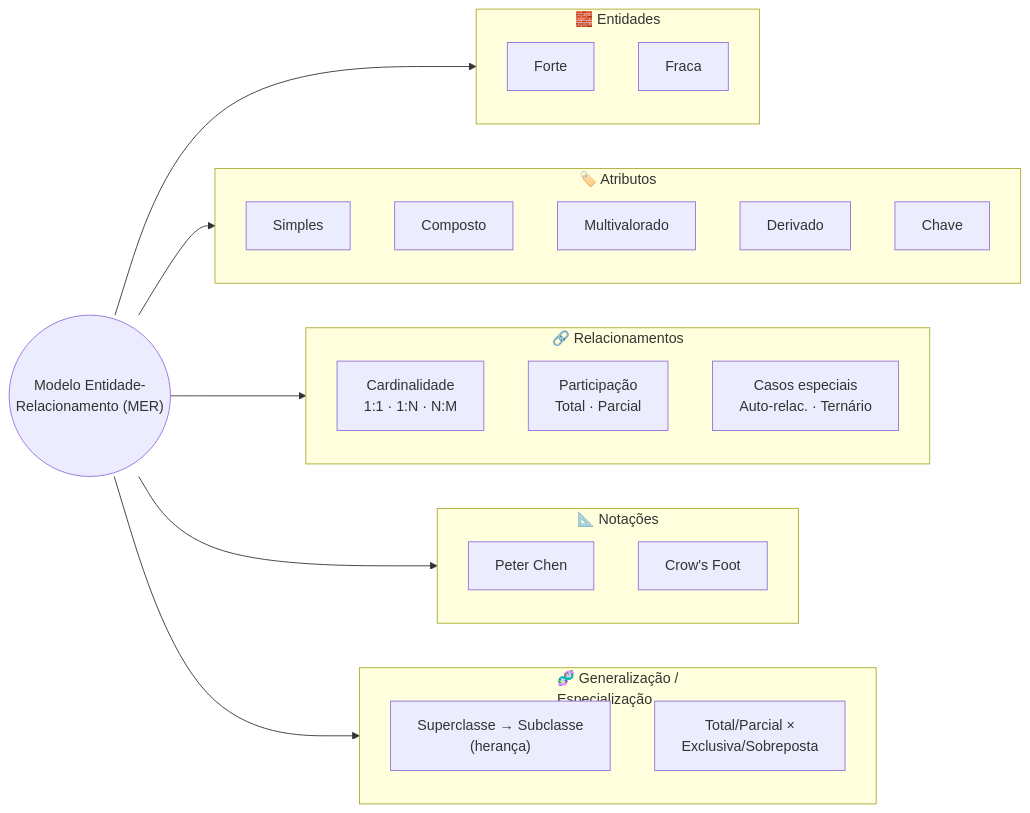
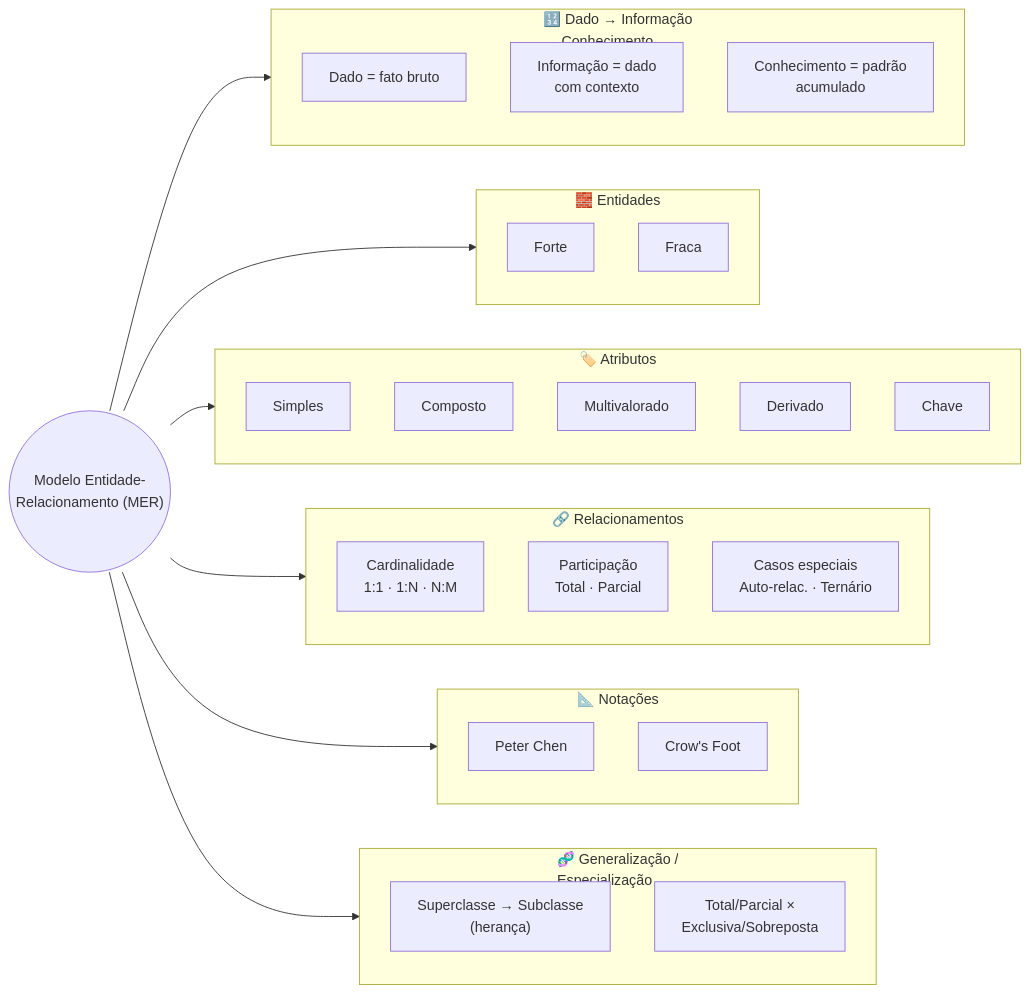
The first of 12 diagrams in docs/aulas/Aula_01_Revisao_Modelagem_Conceitual.md (DSM-Fatec-Jahu/BDR-DSM-2026-2), drawn with Mermaid before and after one commit. The commit also changed other lines of this file, not shown here.

First line of the commit message:
Adiciona seção Dado, Informação e Conhecimento à Aula 01

````diff
--- a/docs/aulas/Aula_01_Revisao_Modelagem_Conceitual.md
+++ b/docs/aulas/Aula_01_Revisao_Modelagem_Conceitual.md
@@ -23,43 +24,51 @@
 ```mermaid
 flowchart LR
     ROOT(("Modelo Entidade-<br/>Relacionamento (MER)"))
+
+    ROOT --> DIC
+    subgraph DIC["🔢 Dado → Informação<br/>→ Conhecimento"]
+        direction TB
+        DIC1["Dado = fato bruto"]
+        DIC2["Informação = dado<br/>com contexto"]
+        DIC3["Conhecimento = padrão<br/>acumulado"]
+    end
 
     ROOT --> ENT
     subgraph ENT["🧱 Entidades"]
         direction TB
         ENT1["Forte"]
         ENT2["Fraca"]
     end
 
     ROOT --> ATR
     subgraph ATR["🏷️ Atributos"]
         direction TB
         ATR1["Simples"]
         ATR2["Composto"]
         ATR3["Multivalorado"]
         ATR4["Derivado"]
         ATR5["Chave"]
     end
 
     ROOT --> REL
     subgraph REL["🔗 Relacionamentos"]
         direction TB
         REL1["Cardinalidade<br/>1:1 · 1:N · N:M"]
         REL2["Participação<br/>Total · Parcial"]
         REL3["Casos especiais<br/>Auto-relac. · Ternário"]
     end
 
     ROOT --> NOT
     subgraph NOT["📐 Notações"]
         direction TB
         NOT1["Peter Chen"]
         NOT2["Crow's Foot"]
     end
 
     ROOT --> GE
     subgraph GE["🧬 Generalização /<br/>Especialização"]
         direction TB
         GE1["Superclasse → Subclasse<br/>(herança)"]
         GE2["Total/Parcial ×<br/>Exclusiva/Sobreposta"]
     end
 ```
````
